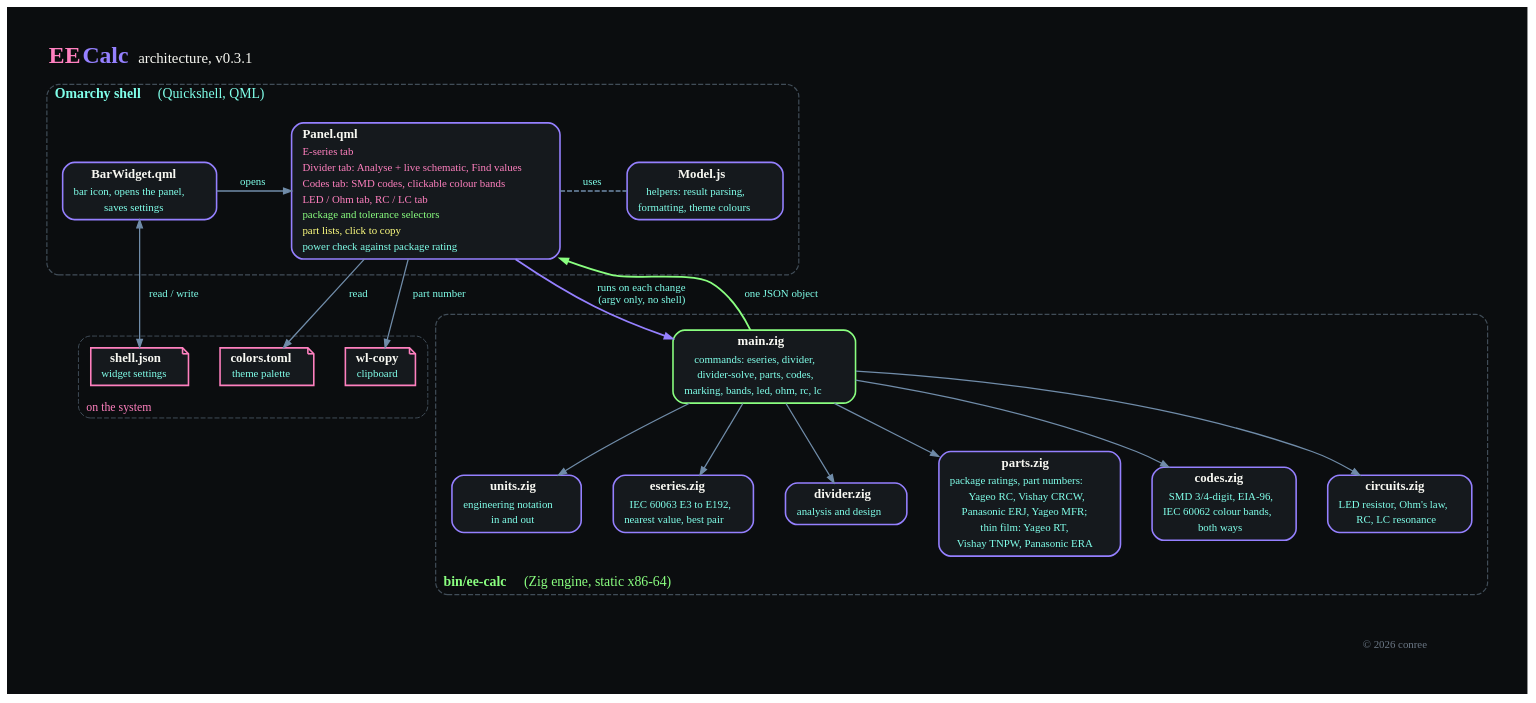
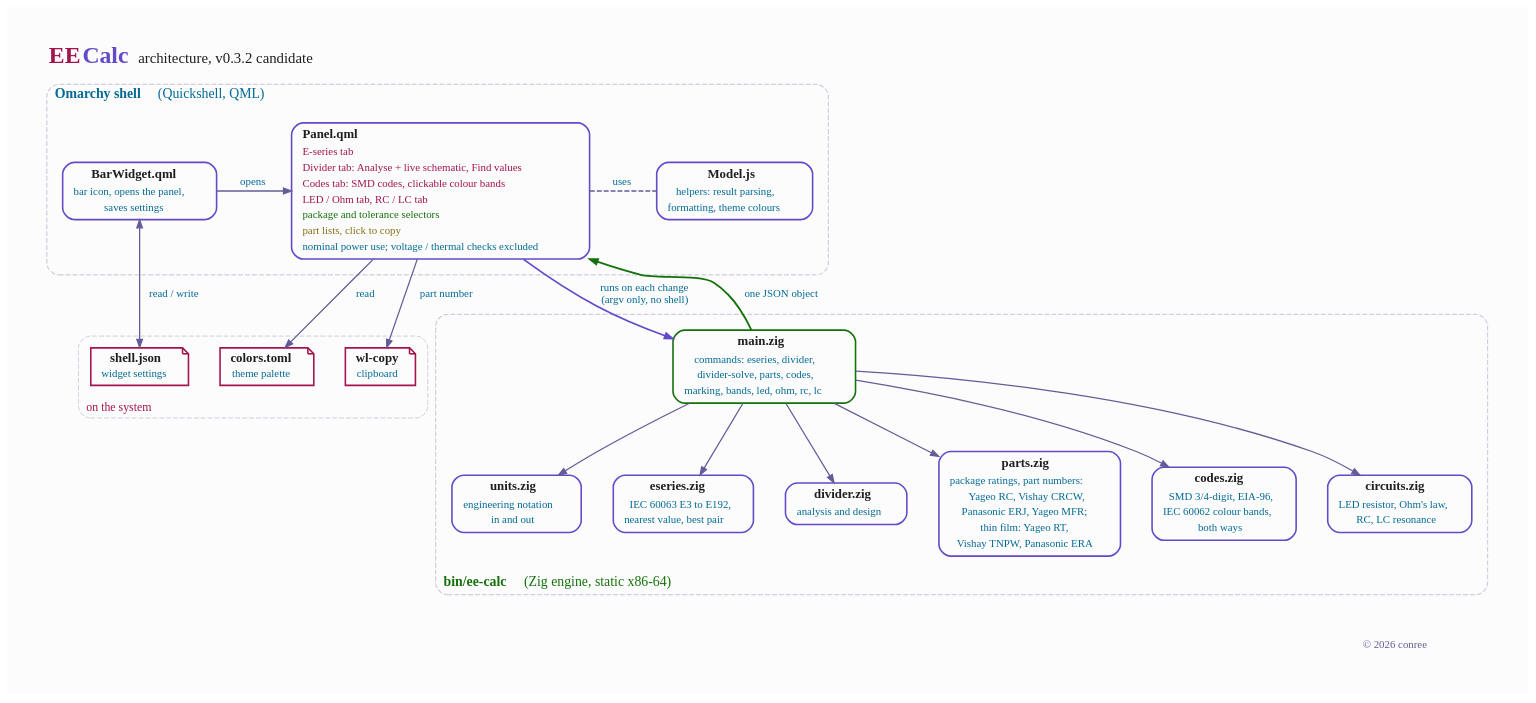
The diagram in docs/architecture.dot (conree/omarchy-ee-calc), drawn with Graphviz before and after one commit. The commit also changed 19 other files, not shown here.

```diff
--- a/docs/architecture.dot
+++ b/docs/architecture.dot
@@ -1,122 +1,121 @@
 // EE Calc architecture. Source for docs/architecture.png; regenerate with:
 //   dot -Tpng -Gdpi=144 docs/architecture.dot -o docs/architecture.png
-// Published as a PNG, not an outlined SVG: the Comic Code licence does not
-// allow distributing its glyph outlines in a reusable form.
-// Colours are the Dracula Pro Van Helsing palette. Every label is a table
+// Published PNG; private SVG uses local Visby without embedding the font.
+// Colours follow the Documents Standard Alucard light palette. Every label is a table
 // so multi-line text keeps its line spacing.
 
 digraph eecalc {
-  graph [rankdir=TB, bgcolor="#0B0D0F", fontname="Comic Code Ligatures", fontcolor="#F8F8F2",
+  graph [rankdir=TB, bgcolor="#fcfcfc", fontname="Visby", fontcolor="#1f1f1f",
          pad=0.45, nodesep=0.45, ranksep=0.65, compound=true, newrank=true, splines=spline]
-  node  [shape=box, style="rounded,filled", fillcolor="#15191D", color="#9580FF", penwidth=1.6,
-         fontname="Comic Code Ligatures", fontcolor="#F8F8F2", fontsize=13, margin="0.12,0.06"]
-  edge  [color="#708CA9", penwidth=1.3, arrowsize=0.8, fontname="Comic Code Ligatures",
-         fontcolor="#80FFEA", fontsize=11]
+  node  [shape=box, style="rounded,filled", fillcolor="#fcfcfc", color="#644ac9", penwidth=1.6,
+         fontname="Visby", fontcolor="#1f1f1f", fontsize=13, margin="0.12,0.06"]
+  edge  [color="#635d97", penwidth=1.3, arrowsize=0.8, fontname="Visby",
+         fontcolor="#036a96", fontsize=11]
 
   label=<<TABLE BORDER="0" CELLPADDING="2" CELLSPACING="0">
-    <TR><TD ALIGN="LEFT"><FONT POINT-SIZE="24" COLOR="#FF80BF"><B>EE </B></FONT><FONT POINT-SIZE="24" COLOR="#9580FF"><B>Calc</B></FONT><FONT POINT-SIZE="15" COLOR="#F8F8F2">   architecture, v0.3.1</FONT></TD></TR>
+    <TR><TD ALIGN="LEFT"><FONT POINT-SIZE="24" COLOR="#a3144d"><B>EE </B></FONT><FONT POINT-SIZE="24" COLOR="#644ac9"><B>Calc</B></FONT><FONT POINT-SIZE="15" COLOR="#1f1f1f">   architecture, v0.3.2 candidate</FONT></TD></TR>
   </TABLE>>
   labelloc=t; labeljust=l
 
   // ---- Inside the Omarchy shell -------------------------------------------
   subgraph cluster_shell {
-    label=<<FONT COLOR="#80FFEA" POINT-SIZE="14"><B>Omarchy shell</B>  (Quickshell, QML)</FONT>>
-    labeljust=l; style="rounded,dashed"; color="#414D58"; penwidth=1.2; margin=16
+    label=<<FONT COLOR="#036a96" POINT-SIZE="14"><B>Omarchy shell</B>  (Quickshell, QML)</FONT>>
+    labeljust=l; style="rounded,dashed"; color="#cfcfde"; penwidth=1.2; margin=16
 
     bar [label=<<TABLE BORDER="0" CELLPADDING="2" CELLSPACING="0">
       <TR><TD><B>BarWidget.qml</B></TD></TR>
-      <TR><TD><FONT POINT-SIZE="11" COLOR="#80FFEA">bar icon, opens the panel,</FONT></TD></TR>
-      <TR><TD><FONT POINT-SIZE="11" COLOR="#80FFEA">saves settings</FONT></TD></TR></TABLE>>]
+      <TR><TD><FONT POINT-SIZE="11" COLOR="#036a96">bar icon, opens the panel,</FONT></TD></TR>
+      <TR><TD><FONT POINT-SIZE="11" COLOR="#036a96">saves settings</FONT></TD></TR></TABLE>>]
 
     panel [label=<<TABLE BORDER="0" CELLPADDING="2" CELLSPACING="0">
       <TR><TD ALIGN="LEFT"><B>Panel.qml</B></TD></TR>
-      <TR><TD ALIGN="LEFT"><FONT POINT-SIZE="11" COLOR="#FF80BF">E-series tab</FONT></TD></TR>
-      <TR><TD ALIGN="LEFT"><FONT POINT-SIZE="11" COLOR="#FF80BF">Divider tab: Analyse + live schematic, Find values</FONT></TD></TR>
-      <TR><TD ALIGN="LEFT"><FONT POINT-SIZE="11" COLOR="#FF80BF">Codes tab: SMD codes, clickable colour bands</FONT></TD></TR>
-      <TR><TD ALIGN="LEFT"><FONT POINT-SIZE="11" COLOR="#FF80BF">LED / Ohm tab, RC / LC tab</FONT></TD></TR>
-      <TR><TD ALIGN="LEFT"><FONT POINT-SIZE="11" COLOR="#8AFF80">package and tolerance selectors</FONT></TD></TR>
-      <TR><TD ALIGN="LEFT"><FONT POINT-SIZE="11" COLOR="#FFFF80">part lists, click to copy</FONT></TD></TR>
-      <TR><TD ALIGN="LEFT"><FONT POINT-SIZE="11" COLOR="#80FFEA">power check against package rating</FONT></TD></TR></TABLE>>]
+      <TR><TD ALIGN="LEFT"><FONT POINT-SIZE="11" COLOR="#a3144d">E-series tab</FONT></TD></TR>
+      <TR><TD ALIGN="LEFT"><FONT POINT-SIZE="11" COLOR="#a3144d">Divider tab: Analyse + live schematic, Find values</FONT></TD></TR>
+      <TR><TD ALIGN="LEFT"><FONT POINT-SIZE="11" COLOR="#a3144d">Codes tab: SMD codes, clickable colour bands</FONT></TD></TR>
+      <TR><TD ALIGN="LEFT"><FONT POINT-SIZE="11" COLOR="#a3144d">LED / Ohm tab, RC / LC tab</FONT></TD></TR>
+      <TR><TD ALIGN="LEFT"><FONT POINT-SIZE="11" COLOR="#14710a">package and tolerance selectors</FONT></TD></TR>
+      <TR><TD ALIGN="LEFT"><FONT POINT-SIZE="11" COLOR="#846e15">part lists, click to copy</FONT></TD></TR>
+      <TR><TD ALIGN="LEFT"><FONT POINT-SIZE="11" COLOR="#036a96">nominal power use; voltage / thermal checks excluded</FONT></TD></TR></TABLE>>]
 
     model [label=<<TABLE BORDER="0" CELLPADDING="2" CELLSPACING="0">
       <TR><TD><B>Model.js</B></TD></TR>
-      <TR><TD><FONT POINT-SIZE="11" COLOR="#80FFEA">helpers: result parsing,</FONT></TD></TR>
-      <TR><TD><FONT POINT-SIZE="11" COLOR="#80FFEA">formatting, theme colours</FONT></TD></TR></TABLE>>]
+      <TR><TD><FONT POINT-SIZE="11" COLOR="#036a96">helpers: result parsing,</FONT></TD></TR>
+      <TR><TD><FONT POINT-SIZE="11" COLOR="#036a96">formatting, theme colours</FONT></TD></TR></TABLE>>]
 
     { rank=same; bar; panel; model }
     bar -> panel [label="  opens  "]
     panel -> model [label="  uses  ", arrowhead=none, style=dashed]
   }
 
   // ---- Files and tools the shell side touches -------------------------------
   subgraph cluster_ext {
-    label=<<FONT COLOR="#FF80BF" POINT-SIZE="12">on the system</FONT>>
-    labeljust=l; labelloc=b; style="rounded,dashed"; color="#414D58"; penwidth=1.0; margin=12
-    node [shape=note, color="#FF80BF"]
-    shelljson [label=<<TABLE BORDER="0" CELLPADDING="1" CELLSPACING="0"><TR><TD><B>shell.json</B></TD></TR><TR><TD><FONT POINT-SIZE="11" COLOR="#80FFEA">widget settings</FONT></TD></TR></TABLE>>]
-    colors    [label=<<TABLE BORDER="0" CELLPADDING="1" CELLSPACING="0"><TR><TD><B>colors.toml</B></TD></TR><TR><TD><FONT POINT-SIZE="11" COLOR="#80FFEA">theme palette</FONT></TD></TR></TABLE>>]
-    wlcopy    [label=<<TABLE BORDER="0" CELLPADDING="1" CELLSPACING="0"><TR><TD><B>wl-copy</B></TD></TR><TR><TD><FONT POINT-SIZE="11" COLOR="#80FFEA">clipboard</FONT></TD></TR></TABLE>>]
+    label=<<FONT COLOR="#a3144d" POINT-SIZE="12">on the system</FONT>>
+    labeljust=l; labelloc=b; style="rounded,dashed"; color="#cfcfde"; penwidth=1.0; margin=12
+    node [shape=note, color="#a3144d"]
+    shelljson [label=<<TABLE BORDER="0" CELLPADDING="1" CELLSPACING="0"><TR><TD><B>shell.json</B></TD></TR><TR><TD><FONT POINT-SIZE="11" COLOR="#036a96">widget settings</FONT></TD></TR></TABLE>>]
+    colors    [label=<<TABLE BORDER="0" CELLPADDING="1" CELLSPACING="0"><TR><TD><B>colors.toml</B></TD></TR><TR><TD><FONT POINT-SIZE="11" COLOR="#036a96">theme palette</FONT></TD></TR></TABLE>>]
+    wlcopy    [label=<<TABLE BORDER="0" CELLPADDING="1" CELLSPACING="0"><TR><TD><B>wl-copy</B></TD></TR><TR><TD><FONT POINT-SIZE="11" COLOR="#036a96">clipboard</FONT></TD></TR></TABLE>>]
     { rank=same; shelljson; colors; wlcopy }
   }
 
   bar   -> shelljson [label="  read / write  ", dir=both, arrowtail=normal]
   panel -> colors    [label="  read  "]
   panel -> wlcopy    [label="  part number  "]
 
   // ---- The Zig engine -----------------------------------------------------
   subgraph cluster_engine {
-    label=<<FONT COLOR="#8AFF80" POINT-SIZE="14"><B>bin/ee-calc</B>  (Zig engine, static x86-64)</FONT>>
-    labeljust=l; labelloc=b; style="rounded,dashed"; color="#414D58"; penwidth=1.2; margin=16
+    label=<<FONT COLOR="#14710a" POINT-SIZE="14"><B>bin/ee-calc</B>  (Zig engine, static x86-64)</FONT>>
+    labeljust=l; labelloc=b; style="rounded,dashed"; color="#cfcfde"; penwidth=1.2; margin=16
 
-    main [color="#8AFF80", label=<<TABLE BORDER="0" CELLPADDING="2" CELLSPACING="0">
+    main [color="#14710a", label=<<TABLE BORDER="0" CELLPADDING="2" CELLSPACING="0">
       <TR><TD><B>main.zig</B></TD></TR>
-      <TR><TD><FONT POINT-SIZE="11" COLOR="#80FFEA">commands: eseries, divider,</FONT></TD></TR>
-      <TR><TD><FONT POINT-SIZE="11" COLOR="#80FFEA">divider-solve, parts, codes,</FONT></TD></TR>
-      <TR><TD><FONT POINT-SIZE="11" COLOR="#80FFEA">marking, bands, led, ohm, rc, lc</FONT></TD></TR></TABLE>>]
+      <TR><TD><FONT POINT-SIZE="11" COLOR="#036a96">commands: eseries, divider,</FONT></TD></TR>
+      <TR><TD><FONT POINT-SIZE="11" COLOR="#036a96">divider-solve, parts, codes,</FONT></TD></TR>
+      <TR><TD><FONT POINT-SIZE="11" COLOR="#036a96">marking, bands, led, ohm, rc, lc</FONT></TD></TR></TABLE>>]
 
     units [label=<<TABLE BORDER="0" CELLPADDING="2" CELLSPACING="0">
       <TR><TD><B>units.zig</B></TD></TR>
-      <TR><TD><FONT POINT-SIZE="11" COLOR="#80FFEA">engineering notation</FONT></TD></TR>
-      <TR><TD><FONT POINT-SIZE="11" COLOR="#80FFEA">in and out</FONT></TD></TR></TABLE>>]
+      <TR><TD><FONT POINT-SIZE="11" COLOR="#036a96">engineering notation</FONT></TD></TR>
+      <TR><TD><FONT POINT-SIZE="11" COLOR="#036a96">in and out</FONT></TD></TR></TABLE>>]
     eseries [label=<<TABLE BORDER="0" CELLPADDING="2" CELLSPACING="0">
       <TR><TD><B>eseries.zig</B></TD></TR>
-      <TR><TD><FONT POINT-SIZE="11" COLOR="#80FFEA">IEC 60063 E3 to E192,</FONT></TD></TR>
-      <TR><TD><FONT POINT-SIZE="11" COLOR="#80FFEA">nearest value, best pair</FONT></TD></TR></TABLE>>]
+      <TR><TD><FONT POINT-SIZE="11" COLOR="#036a96">IEC 60063 E3 to E192,</FONT></TD></TR>
+      <TR><TD><FONT POINT-SIZE="11" COLOR="#036a96">nearest value, best pair</FONT></TD></TR></TABLE>>]
     divider [label=<<TABLE BORDER="0" CELLPADDING="2" CELLSPACING="0">
       <TR><TD><B>divider.zig</B></TD></TR>
-      <TR><TD><FONT POINT-SIZE="11" COLOR="#80FFEA">analysis and design</FONT></TD></TR></TABLE>>]
+      <TR><TD><FONT POINT-SIZE="11" COLOR="#036a96">analysis and design</FONT></TD></TR></TABLE>>]
     parts [label=<<TABLE BORDER="0" CELLPADDING="2" CELLSPACING="0">
       <TR><TD><B>parts.zig</B></TD></TR>
-      <TR><TD><FONT POINT-SIZE="11" COLOR="#80FFEA">package ratings, part numbers:</FONT></TD></TR>
-      <TR><TD><FONT POINT-SIZE="11" COLOR="#80FFEA">Yageo RC, Vishay CRCW,</FONT></TD></TR>
-      <TR><TD><FONT POINT-SIZE="11" COLOR="#80FFEA">Panasonic ERJ, Yageo MFR;</FONT></TD></TR>
-      <TR><TD><FONT POINT-SIZE="11" COLOR="#80FFEA">thin film: Yageo RT,</FONT></TD></TR>
-      <TR><TD><FONT POINT-SIZE="11" COLOR="#80FFEA">Vishay TNPW, Panasonic ERA</FONT></TD></TR></TABLE>>]
+      <TR><TD><FONT POINT-SIZE="11" COLOR="#036a96">package ratings, part numbers:</FONT></TD></TR>
+      <TR><TD><FONT POINT-SIZE="11" COLOR="#036a96">Yageo RC, Vishay CRCW,</FONT></TD></TR>
+      <TR><TD><FONT POINT-SIZE="11" COLOR="#036a96">Panasonic ERJ, Yageo MFR;</FONT></TD></TR>
+      <TR><TD><FONT POINT-SIZE="11" COLOR="#036a96">thin film: Yageo RT,</FONT></TD></TR>
+      <TR><TD><FONT POINT-SIZE="11" COLOR="#036a96">Vishay TNPW, Panasonic ERA</FONT></TD></TR></TABLE>>]
 
     codes [label=<<TABLE BORDER="0" CELLPADDING="2" CELLSPACING="0">
       <TR><TD><B>codes.zig</B></TD></TR>
-      <TR><TD><FONT POINT-SIZE="11" COLOR="#80FFEA">SMD 3/4-digit, EIA-96,</FONT></TD></TR>
-      <TR><TD><FONT POINT-SIZE="11" COLOR="#80FFEA">IEC 60062 colour bands,</FONT></TD></TR>
-      <TR><TD><FONT POINT-SIZE="11" COLOR="#80FFEA">both ways</FONT></TD></TR></TABLE>>]
+      <TR><TD><FONT POINT-SIZE="11" COLOR="#036a96">SMD 3/4-digit, EIA-96,</FONT></TD></TR>
+      <TR><TD><FONT POINT-SIZE="11" COLOR="#036a96">IEC 60062 colour bands,</FONT></TD></TR>
+      <TR><TD><FONT POINT-SIZE="11" COLOR="#036a96">both ways</FONT></TD></TR></TABLE>>]
     circuits [label=<<TABLE BORDER="0" CELLPADDING="2" CELLSPACING="0">
       <TR><TD><B>circuits.zig</B></TD></TR>
-      <TR><TD><FONT POINT-SIZE="11" COLOR="#80FFEA">LED resistor, Ohm's law,</FONT></TD></TR>
-      <TR><TD><FONT POINT-SIZE="11" COLOR="#80FFEA">RC, LC resonance</FONT></TD></TR></TABLE>>]
+      <TR><TD><FONT POINT-SIZE="11" COLOR="#036a96">LED resistor, Ohm's law,</FONT></TD></TR>
+      <TR><TD><FONT POINT-SIZE="11" COLOR="#036a96">RC, LC resonance</FONT></TD></TR></TABLE>>]
 
     { rank=same; units; eseries; divider; parts; codes; circuits }
     main -> units
     main -> eseries
     main -> divider
     main -> parts
     main -> codes
     main -> circuits
   }
 
   // ---- Copyright, bottom right: hung below the rightmost module -----------
-  copyright [shape=plaintext, style="", label=<<FONT POINT-SIZE="11" COLOR="#6B7785">© 2026 conree</FONT>>]
+  copyright [shape=plaintext, style="", label=<<FONT POINT-SIZE="11" COLOR="#635d97">© 2026 conree</FONT>>]
   circuits -> copyright [style=invis]
 
   // ---- Panel <-> engine -----------------------------------------------------
-  panel -> main [label=<  runs on each change<BR/>  (argv only, no shell)  >, color="#9580FF", penwidth=1.8]
-  main -> panel [label="  one JSON object  ", color="#8AFF80", penwidth=1.8]
+  panel -> main [label=<  runs on each change<BR/>  (argv only, no shell)  >, color="#644ac9", penwidth=1.8]
+  main -> panel [label="  one JSON object  ", color="#14710a", penwidth=1.8]
 }
```
